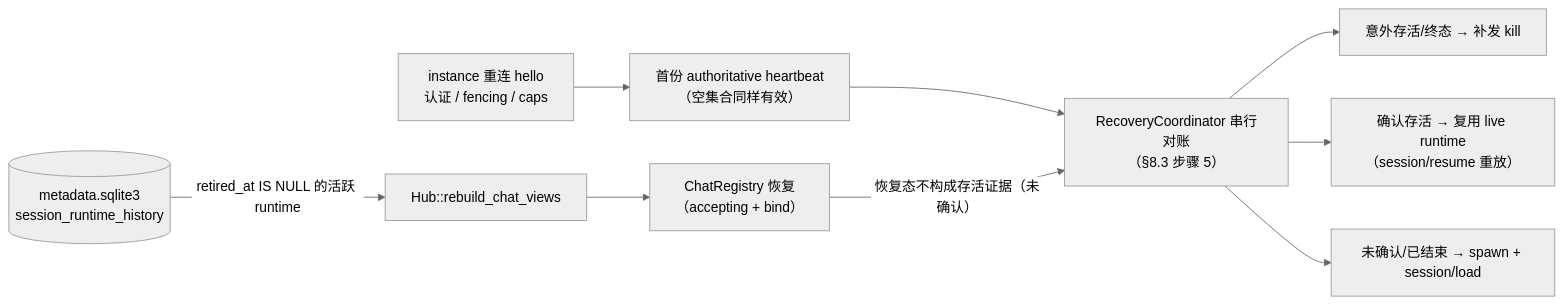
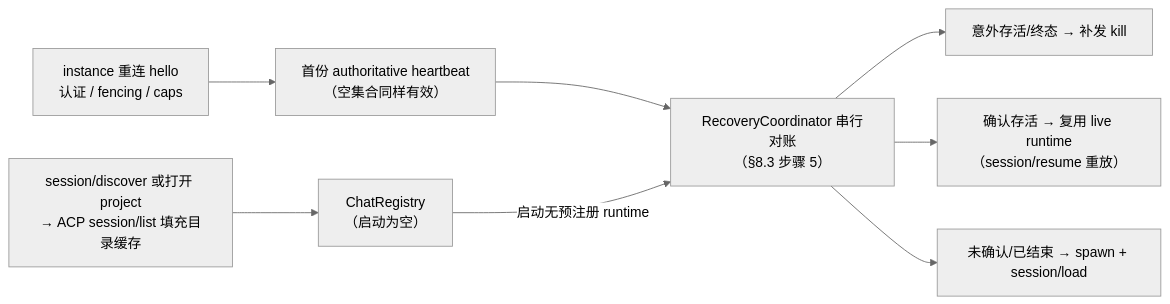
One commit to KonghaYao/peri-studio changed the fifth of 9 diagrams in docs/topology.md. Above: the diagram before and after it, drawn with Mermaid (neutral theme). The commit also changed other lines of this file and 90 other files, not shown here.

First line of the commit message:
ADR-0003：会话目录改由 ACP session/list 权威，移除 SQLite project_sessions。

````diff
--- a/docs/topology.md
+++ b/docs/topology.md
@@ -195,19 +197,18 @@
 ```mermaid
 flowchart LR
-    SQL[("metadata.sqlite3<br/>session_runtime_history")]
-    REBUILD["Hub::rebuild_chat_views"]
-    REG["ChatRegistry 恢复<br/>（accepting + bind）"]
-    INSTANCE["instance 重连 hello<br/>认证 / fencing / caps"]
+    HELLO["instance 重连 hello<br/>认证 / fencing / caps"]
     HEARTBEAT["首份 authoritative heartbeat<br/>（空集合同样有效）"]
     RECON["RecoveryCoordinator 串行对账<br/>（§8.3 步骤 5）"]
+    REG["ChatRegistry<br/>（启动为空）"]
     KILL["意外存活/终态 → 补发 kill"]
     RESUME["确认存活 → 复用 live runtime<br/>（session/resume 重放）"]
     LOAD["未确认/已结束 → spawn + session/load"]
+    LIST["session/discover 或打开 project<br/>→ ACP session/list 填充目录缓存"]
 
-    SQL -->|"retired_at IS NULL 的活跃 runtime"| REBUILD --> REG
-    INSTANCE --> HEARTBEAT --> RECON
-    REG -->|"恢复态不构成存活证据（未确认）"| RECON
+    HELLO --> HEARTBEAT --> RECON
+    REG -->|"启动无预注册 runtime"| RECON
     RECON --> KILL
     RECON --> RESUME
     RECON --> LOAD
+    LIST --> REG
 ```
````
